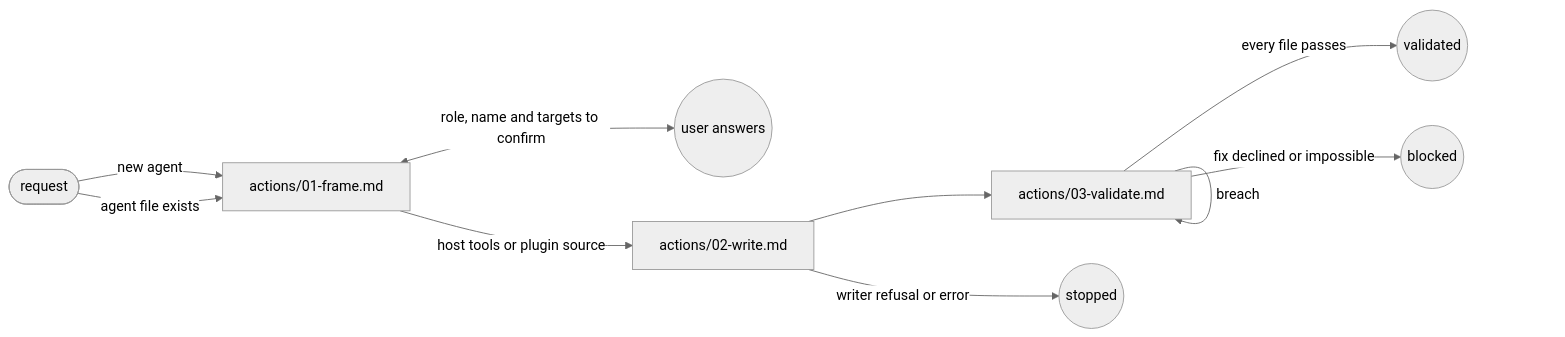
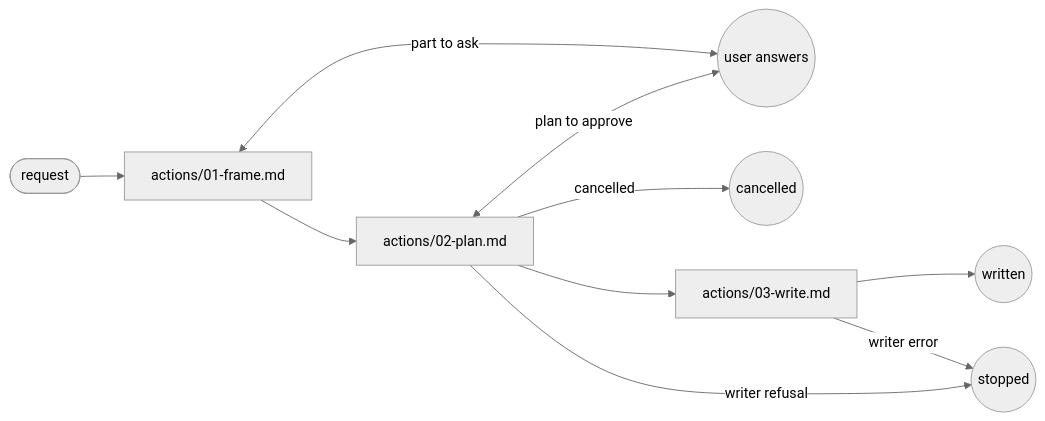
The diagram in plugins/aidd-context/skills/06-agent-generate/SKILL.md (ai-driven-dev/framework), drawn with Mermaid (neutral theme) before and after one commit. The commit also changed 11 other files, not shown here.

First line of the commit message:
refactor(aidd-context): align agent generate on frame, plan, write

````diff
--- a/plugins/aidd-context/skills/06-agent-generate/SKILL.md
+++ b/plugins/aidd-context/skills/06-agent-generate/SKILL.md
@@ -9,12 +9,12 @@
 ```mermaid
 flowchart LR
-  entry([request]) -->|"new agent"| frame["actions/01-frame.md"]
-  entry -->|"agent file exists"| frame
-  frame <-->|"role, name and targets to confirm"| user((user answers))
-  frame -->|"host tools or plugin source"| write["actions/02-write.md"]
-  write --> validate["actions/03-validate.md"]
-  write -->|"writer refusal or error"| stopped((stopped))
-  validate -->|"breach"| validate
-  validate -->|"every file passes"| done((validated))
-  validate -->|"fix declined or impossible"| blocked((blocked))
+  entry([request]) --> frame["actions/01-frame.md"]
+  frame <-->|"part to ask"| user((user answers))
+  frame --> plan["actions/02-plan.md"]
+  plan <-->|"plan to approve"| user
+  plan -->|"cancelled"| cancelled((cancelled))
+  plan --> write["actions/03-write.md"]
+  write --> done((written))
+  plan -->|"writer refusal"| stopped((stopped))
+  write -->|"writer error"| stopped
 ```
````
